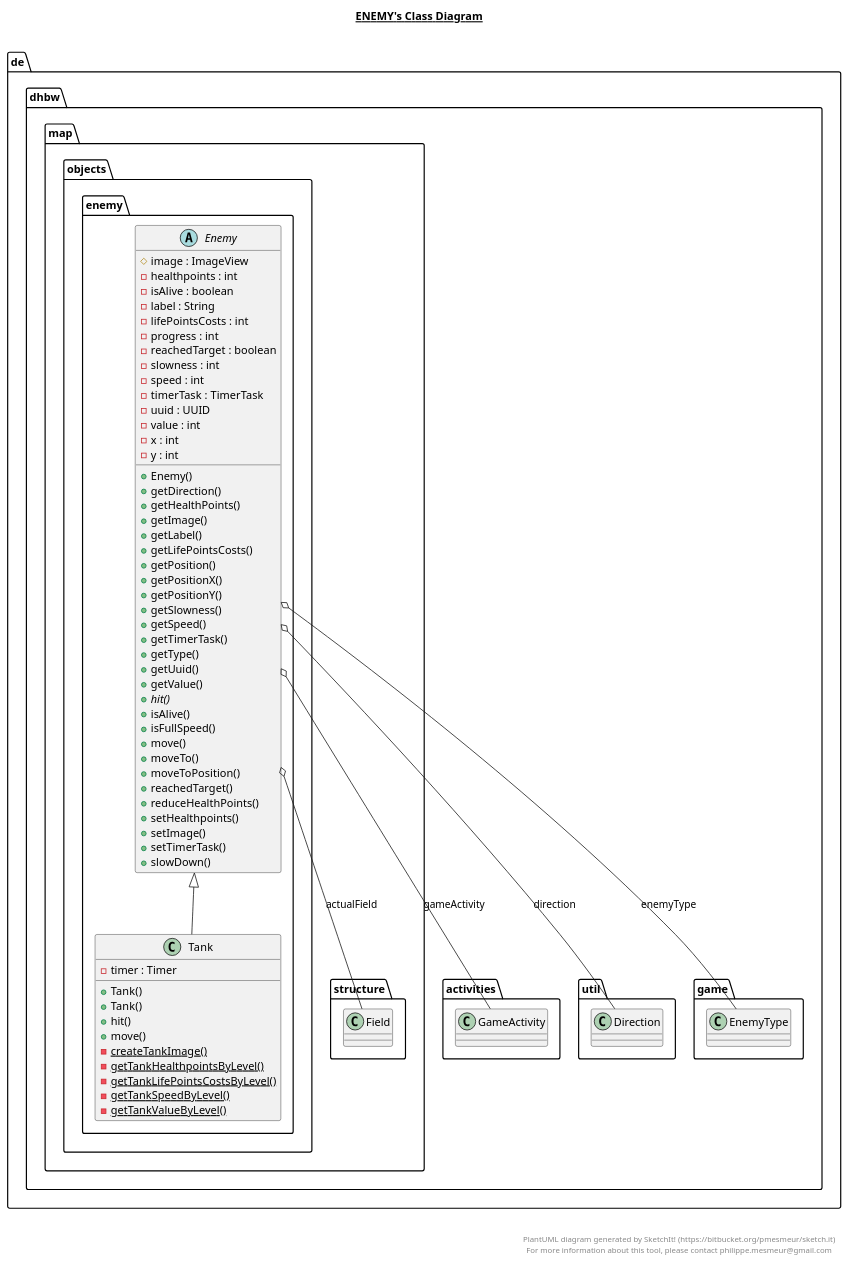
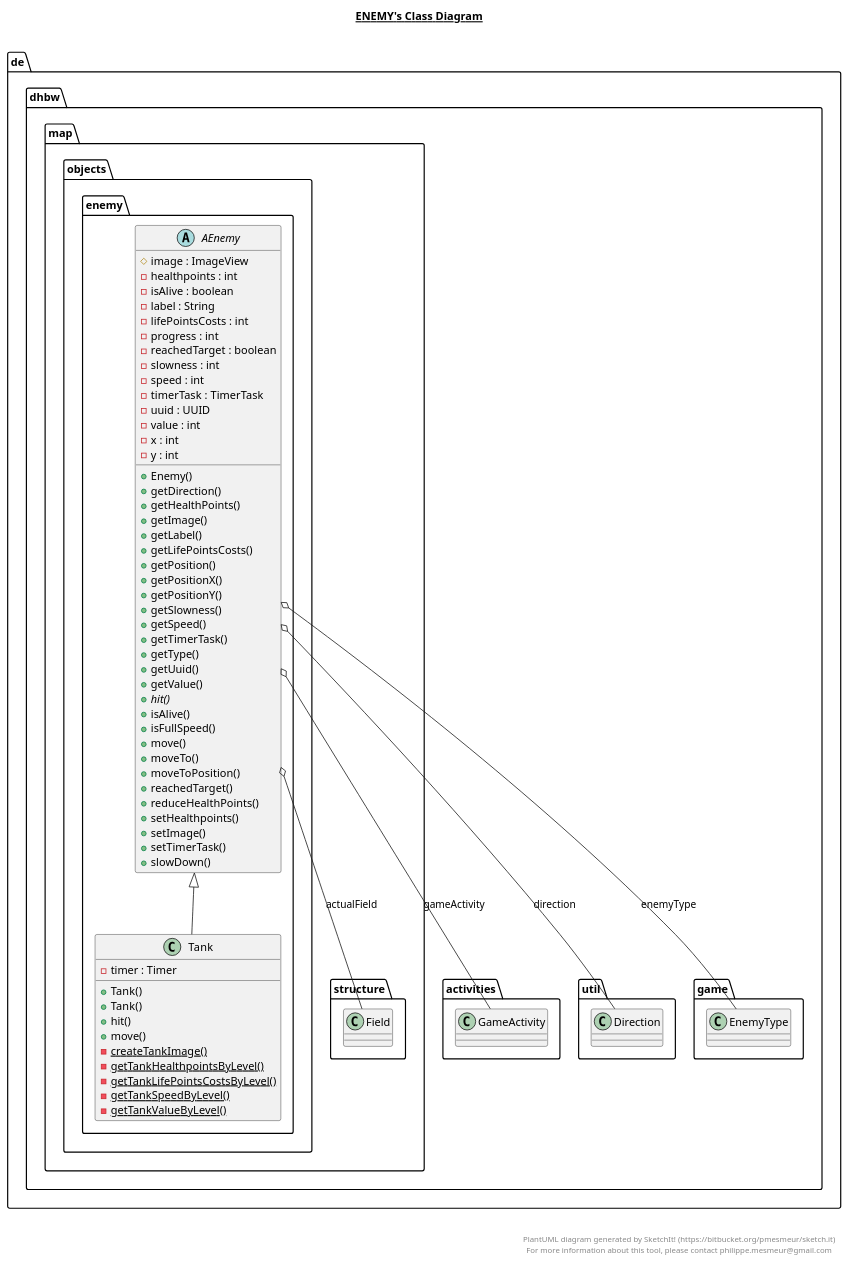
One commit to niwa99/Tower-Defense changed the diagram in app/src/main/java/de/dhbw/map/objects/enemy/enemy.plantuml. Above: the diagram before and after it, drawn with PlantUML. The commit also changed 20 other files, not shown here.

Commit message:
[DHTD-105] rename Enemy to AEnemy

```diff
--- a/app/src/main/java/de/dhbw/map/objects/enemy/enemy.plantuml
+++ b/app/src/main/java/de/dhbw/map/objects/enemy/enemy.plantuml
@@ -1,86 +1,86 @@
 @startuml
 
 title __ENEMY's Class Diagram__\n
 
   namespace de.dhbw {
     namespace map.objects.enemy {
-      abstract class de.dhbw.map.objects.enemy.Enemy {
+      abstract class de.dhbw.map.objects.enemy.AEnemy {
           # image : ImageView
           - healthpoints : int
           - isAlive : boolean
           - label : String
           - lifePointsCosts : int
           - progress : int
           - reachedTarget : boolean
           - slowness : int
           - speed : int
           - timerTask : TimerTask
           - uuid : UUID
           - value : int
           - x : int
           - y : int
           + Enemy()
           + getDirection()
           + getHealthPoints()
           + getImage()
           + getLabel()
           + getLifePointsCosts()
           + getPosition()
           + getPositionX()
           + getPositionY()
           + getSlowness()
           + getSpeed()
           + getTimerTask()
           + getType()
           + getUuid()
           + getValue()
           {abstract} + hit()
           + isAlive()
           + isFullSpeed()
           + move()
           + moveTo()
           + moveToPosition()
           + reachedTarget()
           + reduceHealthPoints()
           + setHealthpoints()
           + setImage()
           + setTimerTask()
           + slowDown()
       }
     }
   }
   
 
   namespace de.dhbw {
     namespace map.objects.enemy {
       class de.dhbw.map.objects.enemy.Tank {
           - timer : Timer
           + Tank()
           + Tank()
           + hit()
           + move()
           {static} - createTankImage()
           {static} - getTankHealthpointsByLevel()
           {static} - getTankLifePointsCostsByLevel()
           {static} - getTankSpeedByLevel()
           {static} - getTankValueByLevel()
       }
     }
   }
   
 
-  de.dhbw.map.objects.enemy.Enemy o-- de.dhbw.activities.GameActivity : gameActivity
-  de.dhbw.map.objects.enemy.Enemy o-- de.dhbw.map.structure.Field : actualField
-  de.dhbw.map.objects.enemy.Enemy o-- de.dhbw.util.Direction : direction
-  de.dhbw.map.objects.enemy.Enemy o-- de.dhbw.game.EnemyType : enemyType
-  de.dhbw.map.objects.enemy.Tank -up-|> de.dhbw.map.objects.enemy.Enemy
+  de.dhbw.map.objects.enemy.AEnemy o-- de.dhbw.activities.GameActivity : gameActivity
+  de.dhbw.map.objects.enemy.AEnemy o-- de.dhbw.map.structure.Field : actualField
+  de.dhbw.map.objects.enemy.AEnemy o-- de.dhbw.util.Direction : direction
+  de.dhbw.map.objects.enemy.AEnemy o-- de.dhbw.game.EnemyType : enemyType
+  de.dhbw.map.objects.enemy.Tank -up-|> de.dhbw.map.objects.enemy.AEnemy
 
 
 right footer
 
 
 PlantUML diagram generated by SketchIt! (https://bitbucket.org/pmesmeur/sketch.it)
 For more information about this tool, please contact philippe.mesmeur@gmail.com
 endfooter
 
 @enduml
```
